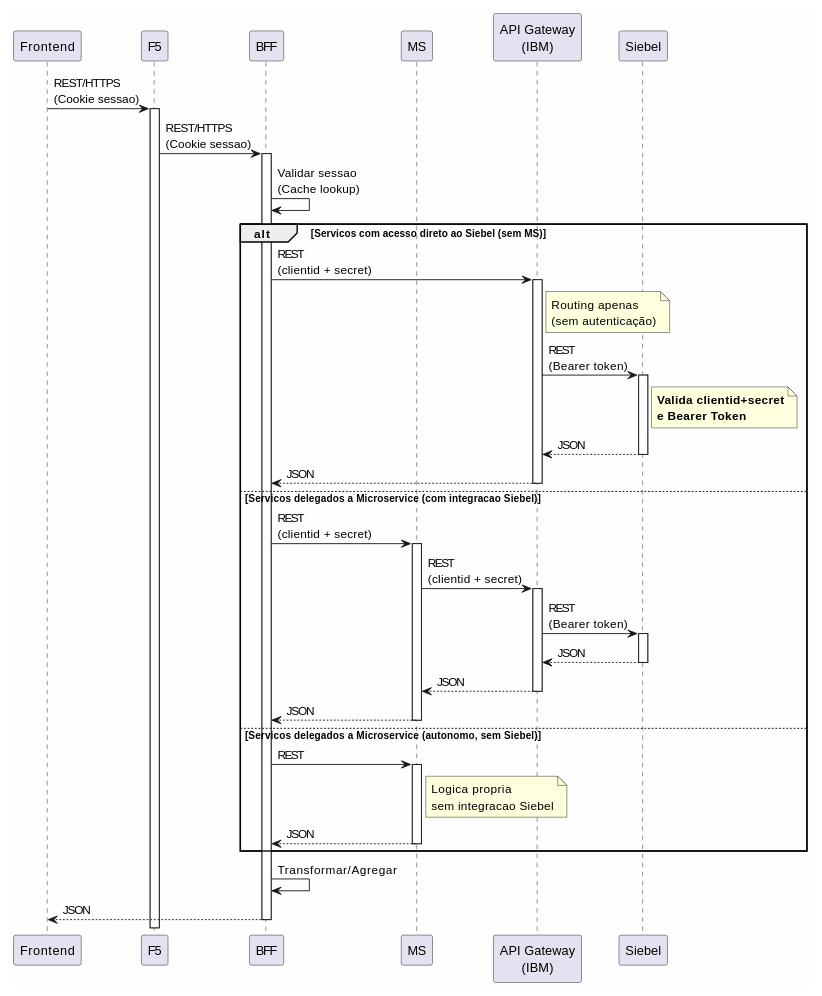
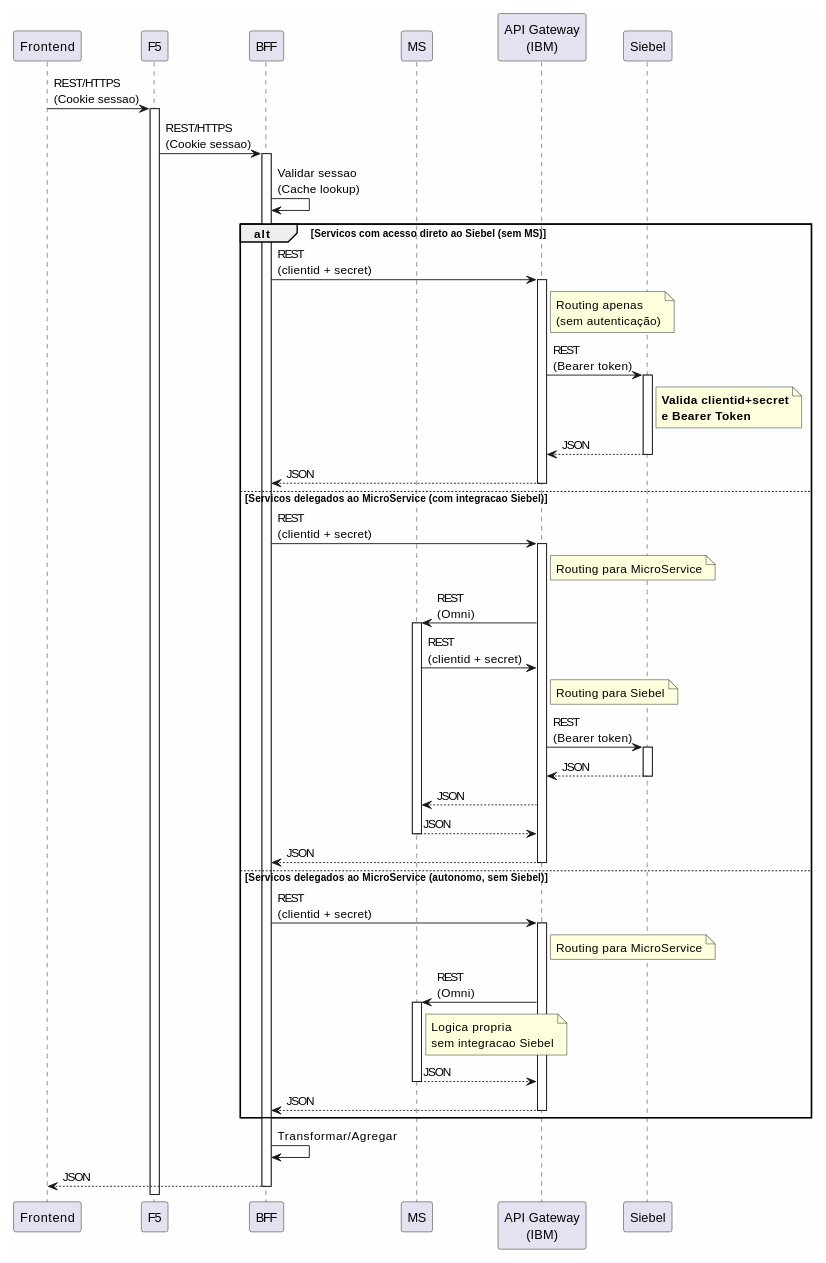
One commit to beduardo/novobanco_website_doc changed the second of 2 diagrams in project/sections/SEC-05-arquitetura-backend-servicos.md. Above: the diagram before and after it, drawn with PlantUML. The commit also changed other lines of this file and 10 other files, not shown here.

````diff
--- a/project/sections/SEC-05-arquitetura-backend-servicos.md
+++ b/project/sections/SEC-05-arquitetura-backend-servicos.md
@@ -150,69 +151,82 @@
 ```plantuml
 @startuml
 skinparam backgroundColor #FEFEFE
 
 participant "Frontend" as FE
 participant "F5" as F5
 participant "BFF" as BFF
 participant "MS" as MS
 participant "API Gateway\n(IBM)" as GW
 participant "Siebel" as SIEBEL
 
 FE -> F5 : REST/HTTPS\n(Cookie sessao)
 activate F5
 
 F5 -> BFF : REST/HTTPS\n(Cookie sessao)
 activate BFF
 
 BFF -> BFF : Validar sessao\n(Cache lookup)
 
 alt Servicos com acesso direto ao Siebel (sem MS)
     BFF -> GW : REST\n(clientid + secret)
     activate GW
     note right of GW: Routing apenas\n(sem autenticação)
 
     GW -> SIEBEL : REST\n(Bearer token)
     activate SIEBEL
     note right of SIEBEL: **Valida clientid+secret**\n**e Bearer Token**
 
     SIEBEL --> GW : JSON
     deactivate SIEBEL
 
     GW --> BFF : JSON
     deactivate GW
 
-else Servicos delegados a Microservice (com integracao Siebel)
-    BFF -> MS : REST\n(clientid + secret)
+else Servicos delegados ao MicroService (com integracao Siebel)
+    BFF -> GW : REST\n(clientid + secret)
+    activate GW
+    note right of GW: Routing para MicroService
+
+    GW -> MS : REST\n(Omni)
     activate MS
 
     MS -> GW : REST\n(clientid + secret)
-    activate GW
+    note right of GW: Routing para Siebel
 
     GW -> SIEBEL : REST\n(Bearer token)
     activate SIEBEL
 
     SIEBEL --> GW : JSON
     deactivate SIEBEL
 
     GW --> MS : JSON
+
+    MS --> GW : JSON
+    deactivate MS
+
+    GW --> BFF : JSON
     deactivate GW
 
-    MS --> BFF : JSON
-    deactivate MS
+else Servicos delegados ao MicroService (autonomo, sem Siebel)
+    BFF -> GW : REST\n(clientid + secret)
+    activate GW
+    note right of GW: Routing para MicroService
 
-else Servicos delegados a Microservice (autonomo, sem Siebel)
-    BFF -> MS : REST
+    GW -> MS : REST\n(Omni)
     activate MS
     note right of MS: Logica propria\nsem integracao Siebel
 
-    MS --> BFF : JSON
+    MS --> GW : JSON
     deactivate MS
+
+    GW --> BFF : JSON
+    deactivate GW
 
 end
 
 BFF -> BFF : Transformar/Agregar
 BFF --> FE : JSON
 deactivate BFF
 
 @enduml
 ```
````
